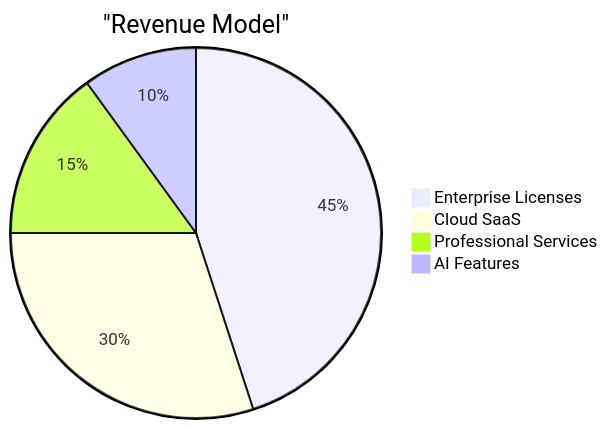
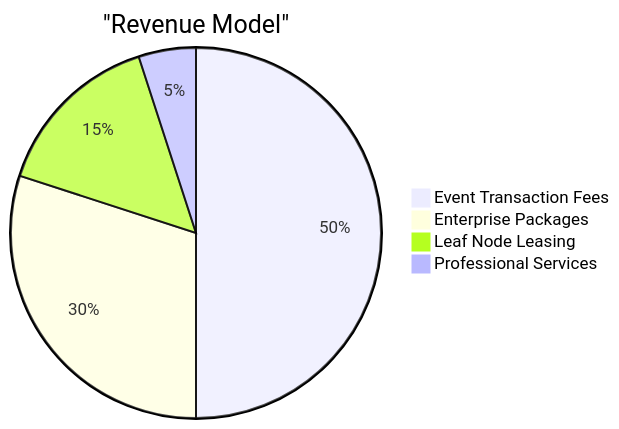
Before and after one commit to TheCowboyAI/alchemist: the fourth of 10 diagrams in about/investor-presentation.md, drawn with Mermaid. The commit also changed other lines of this file and 3 other files, not shown here.

First line of the commit message:
fix: Update revenue model to event-based pricing with Leaf Nodes

````diff
--- a/about/investor-presentation.md
+++ b/about/investor-presentation.md
@@ -178,7 +179,7 @@
 ```mermaid
 pie title "Revenue Model"
-    "Enterprise Licenses" : 45
-    "Cloud SaaS" : 30
-    "Professional Services" : 15
-    "AI Features" : 10
+    "Event Transaction Fees" : 50
+    "Enterprise Packages" : 30
+    "Leaf Node Leasing" : 15
+    "Professional Services" : 5
 ```
````
